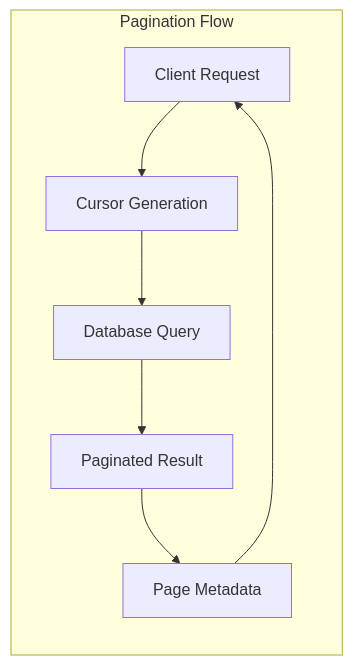
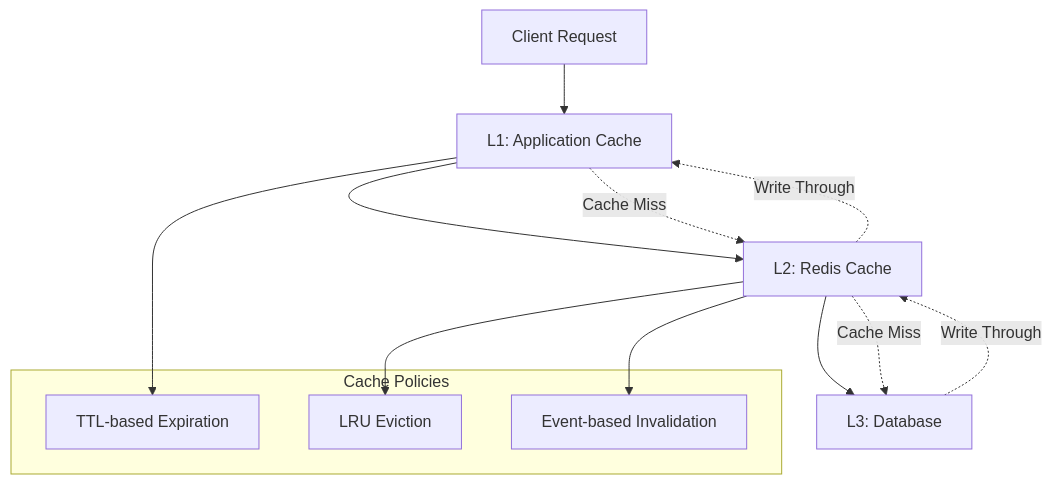
One commit to flamingo-stack/openframe-oss-lib changed diagram 16 of 18 in docs/development/architecture/overview.md. Above: the diagram before and after it, drawn with Mermaid. The commit also changed other lines of this file and 12 other files, not shown here.

````diff
--- a/docs/development/architecture/overview.md
+++ b/docs/development/architecture/overview.md
@@ -522,16 +540,22 @@
 ```mermaid
-graph LR
-    subgraph "Pagination Flow"
-        REQUEST[Client Request]
-        CURSOR[Cursor Generation]
-        QUERY[Database Query]
-        RESULT[Paginated Result]
-        METADATA[Page Metadata]
+graph TD
+    CLIENT[Client Request] --> L1[L1: Application Cache]
+    L1 --> L2[L2: Redis Cache]
+    L2 --> L3[L3: Database]
+    
+    L1 -.->|Cache Miss| L2
+    L2 -.->|Cache Miss| L3
+    
+    L3 -.->|Write Through| L2
+    L2 -.->|Write Through| L1
+    
+    subgraph "Cache Policies"
+        TTL[TTL-based Expiration]
+        LRU[LRU Eviction]
+        INVALIDATION[Event-based Invalidation]
     end
     
-    REQUEST --> CURSOR
-    CURSOR --> QUERY
-    QUERY --> RESULT
-    RESULT --> METADATA
-    METADATA --> REQUEST
+    L1 --> TTL
+    L2 --> LRU
+    L2 --> INVALIDATION
 ```
````
